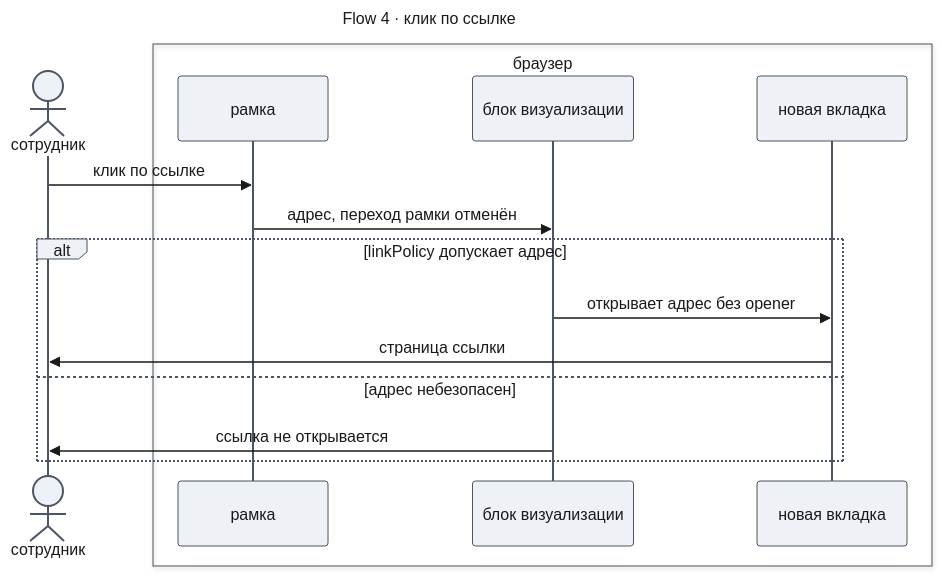
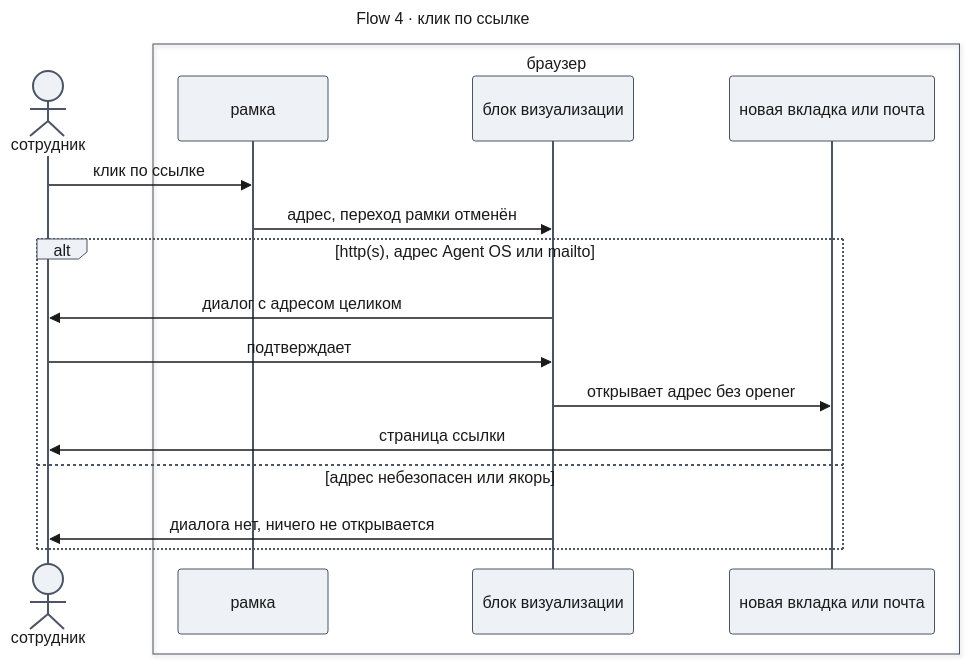
The sixth of 6 diagrams in docs/features/theming/design-inline-vis.md (tundraray/agent-os), drawn with Mermaid before and after one commit. The commit also changed other lines of this file, not shown here.

Commit message:
docs: block WebRTC by script hashes and confirm links in the visualization design

````diff
--- a/docs/features/theming/design-inline-vis.md
+++ b/docs/features/theming/design-inline-vis.md
@@ -421,35 +476,39 @@
 ```mermaid
 ---
 title: "Flow 4 · клик по ссылке"
 config:
   theme: base
   look: classic
   themeVariables:
     primaryColor: "#eef1f5"
     primaryBorderColor: "#4b5563"
     primaryTextColor: "#1a1a1a"
     lineColor: "#6b7280"
   themeCSS: |
-    @keyframes litr_iv7{0%,18%{stroke:#1d4ed8;stroke-width:6px}20%,100%{stroke:#37474f;stroke-width:2px}}
-    .messageLine0[data-id='i0'],.messageLine1[data-id='i0']{animation:litr_iv7 6s linear 0s infinite}
-    .messageLine0[data-id='i1'],.messageLine1[data-id='i1']{animation:litr_iv7 6s linear 1.2s infinite}
-    .messageLine0[data-id='i3'],.messageLine1[data-id='i3']{animation:litr_iv7 6s linear 2.4s infinite}
-    .messageLine0[data-id='i4'],.messageLine1[data-id='i4']{animation:litr_iv7 6s linear 3.6s infinite}
-    .messageLine0[data-id='i6'],.messageLine1[data-id='i6']{animation:litr_iv7 6s linear 4.8s infinite}
+    @keyframes litr_iv7{0%,12.86%{stroke:#1d4ed8;stroke-width:6px}14.29%,100%{stroke:#37474f;stroke-width:2px}}
+    .messageLine0[data-id='i0'],.messageLine1[data-id='i0']{animation:litr_iv7 8.4s linear 0s infinite}
+    .messageLine0[data-id='i1'],.messageLine1[data-id='i1']{animation:litr_iv7 8.4s linear 1.2s infinite}
+    .messageLine0[data-id='i3'],.messageLine1[data-id='i3']{animation:litr_iv7 8.4s linear 2.4s infinite}
+    .messageLine0[data-id='i4'],.messageLine1[data-id='i4']{animation:litr_iv7 8.4s linear 3.6s infinite}
+    .messageLine0[data-id='i5'],.messageLine1[data-id='i5']{animation:litr_iv7 8.4s linear 4.8s infinite}
+    .messageLine0[data-id='i6'],.messageLine1[data-id='i6']{animation:litr_iv7 8.4s linear 6s infinite}
+    .messageLine0[data-id='i8'],.messageLine1[data-id='i8']{animation:litr_iv7 8.4s linear 7.2s infinite}
 ---
 sequenceDiagram
     actor User as сотрудник
     box браузер
         participant Frame as рамка
         participant Block as блок визуализации
-        participant Tab as новая вкладка
+        participant Tab as новая вкладка или почта
     end
     User->>Frame: клик по ссылке
     Frame->>Block: адрес, переход рамки отменён
-    alt linkPolicy допускает адрес
+    alt http(s), адрес Agent OS или mailto
+        Block->>User: диалог с адресом целиком
+        User->>Block: подтверждает
         Block->>Tab: открывает адрес без opener
         Tab->>User: страница ссылки
-    else адрес небезопасен
-        Block->>User: ссылка не открывается
+    else адрес небезопасен или якорь
+        Block->>User: диалога нет, ничего не открывается
     end
 ```
````
